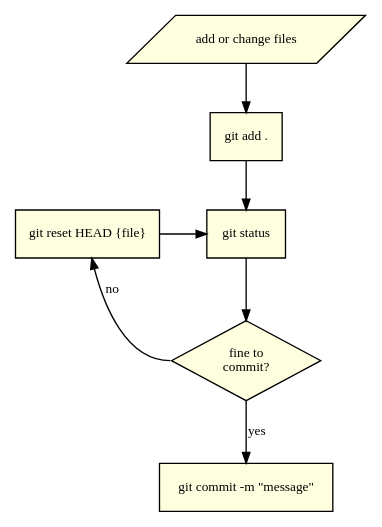
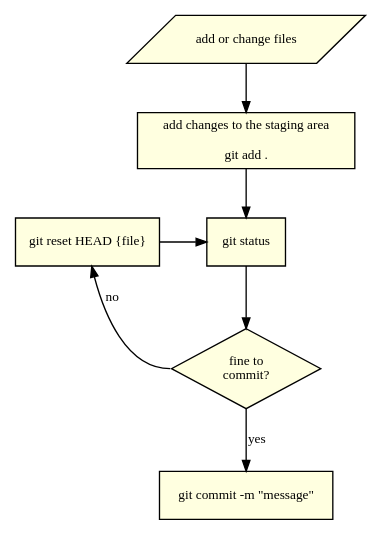
The diagram in flowchart/common-workflow.gv (fabriciofx/gitflowchart), drawn with Graphviz before and after one commit. The commit also changed 3 other files, not shown here.

```diff
--- a/flowchart/common-workflow.gv
+++ b/flowchart/common-workflow.gv
@@ -1,38 +1,38 @@
 digraph commonworkflow {
     edge [
         arrowsize = 0.8,
         fontname = "Verdana",
         fontsize = 10
     ];
 
     node [
         shape = rect,
         style = filled,
         fillcolor = lightyellow,
         fontname = "Verdana",
         fontsize = 10
     ];
 
     // decisions
     fine_to_commit [shape = diamond, label = "fine to\ncommit?"]
 
     // actions
     add_or_change[shape = parallelogram, label = "add or change files"]
 
-    // gits
-    git_add [label = "git add ."]
+    // commands
+    git_add [label = "add changes to the staging area\n\ngit add ."]
     git_status [label = "git status"]
     git_reset [label = "git reset HEAD {file}"]
     git_commit [label = "git commit -m \"message\""]
 
     // relations
     add_or_change -> git_add
     git_add -> git_status
     git_status -> fine_to_commit
     fine_to_commit -> git_commit [label = "yes"]
     fine_to_commit:w -> git_reset [label = "no", constraint = false]
     git_reset -> git_status
 
     // put git_reset and git_status in the same row
     { rank = same; git_reset; git_status; }
 }
```
